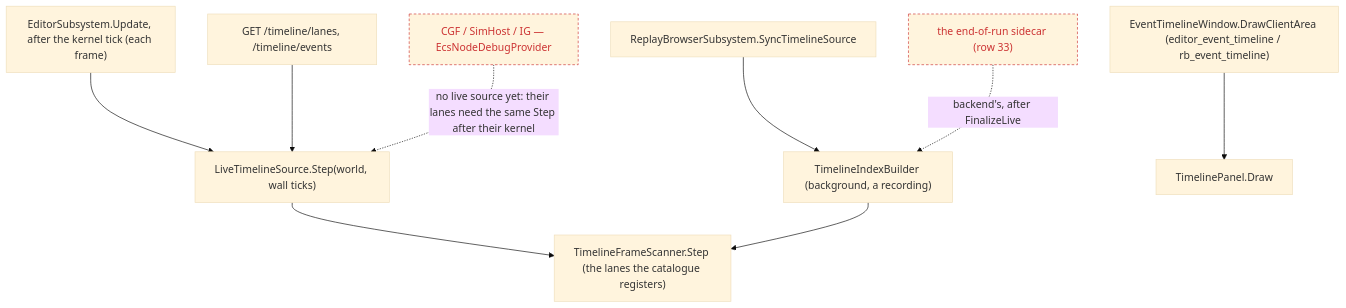
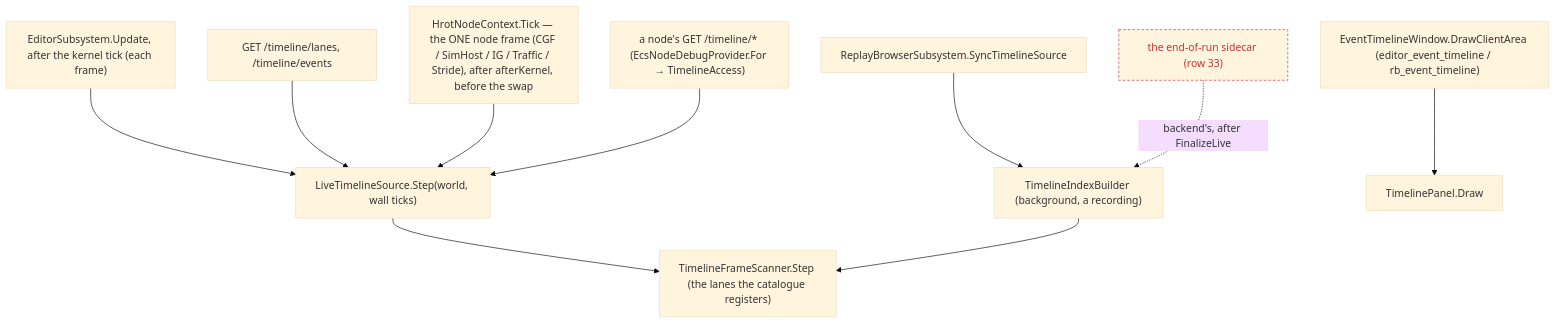
Before and after one commit to pjanec/HROT: the fourth of 16 diagrams in docs/DESIGN_Director_Timeline_Editor.md, drawn with Mermaid (base theme). The commit also changed other lines of this file and 15 other files, not shown here.

First line of the commit message:
CE-3330 (part 4): every cluster node keeps a live event timeline

````diff
--- a/docs/DESIGN_Director_Timeline_Editor.md
+++ b/docs/DESIGN_Director_Timeline_Editor.md
@@ -305,12 +305,13 @@
 ```mermaid
 graph TD
   EDU["EditorSubsystem.Update, after the kernel tick (each frame)"] --> LTS["LiveTimelineSource.Step(world, wall ticks)"]
   LTS --> FS["TimelineFrameScanner.Step (the lanes the catalogue registers)"]
   BLD["TimelineIndexBuilder (background, a recording)"] --> FS
   RBU["ReplayBrowserSubsystem.SyncTimelineSource"] --> BLD
   WIN["EventTimelineWindow.DrawClientArea (editor_event_timeline / rb_event_timeline)"] --> PAN["TimelinePanel.Draw"]
   API["GET /timeline/lanes, /timeline/events"] --> LTS
-  CGF["CGF / SimHost / IG — EcsNodeDebugProvider"]:::dead -.->|"no live source yet: their lanes need the same Step after their kernel"| LTS
+  NT["HrotNodeContext.Tick — the ONE node frame (CGF / SimHost / IG / Traffic / Stride), after afterKernel, before the swap"] --> LTS
+  NAPI["a node's GET /timeline/* (EcsNodeDebugProvider.For → TimelineAccess)"] --> LTS
   SC["the end-of-run sidecar (row 33)"]:::dead -.->|"backend's, after FinalizeLive"| BLD
   classDef dead stroke:#c33,stroke-dasharray:4 3,color:#c33
 ```
````
